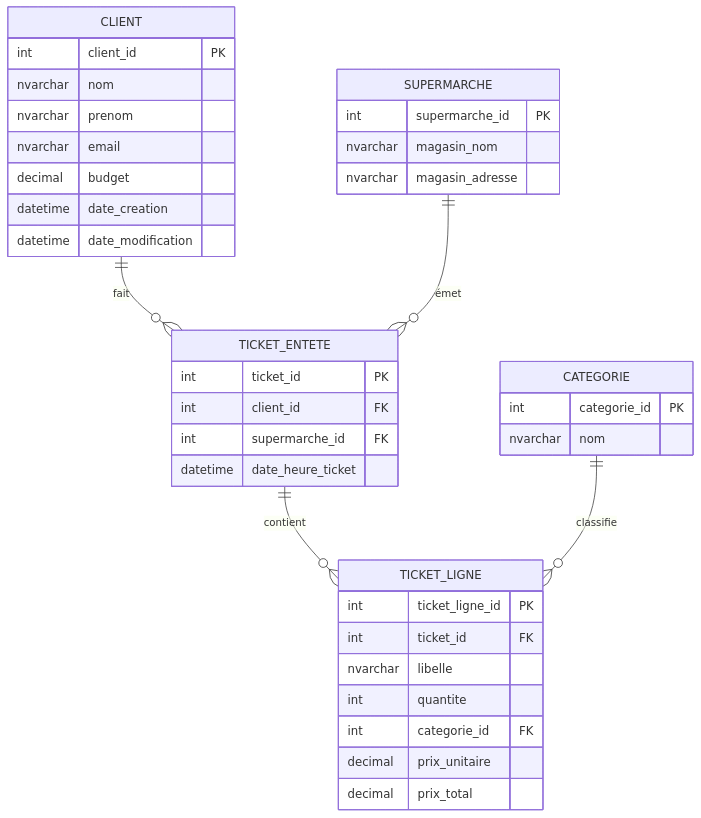
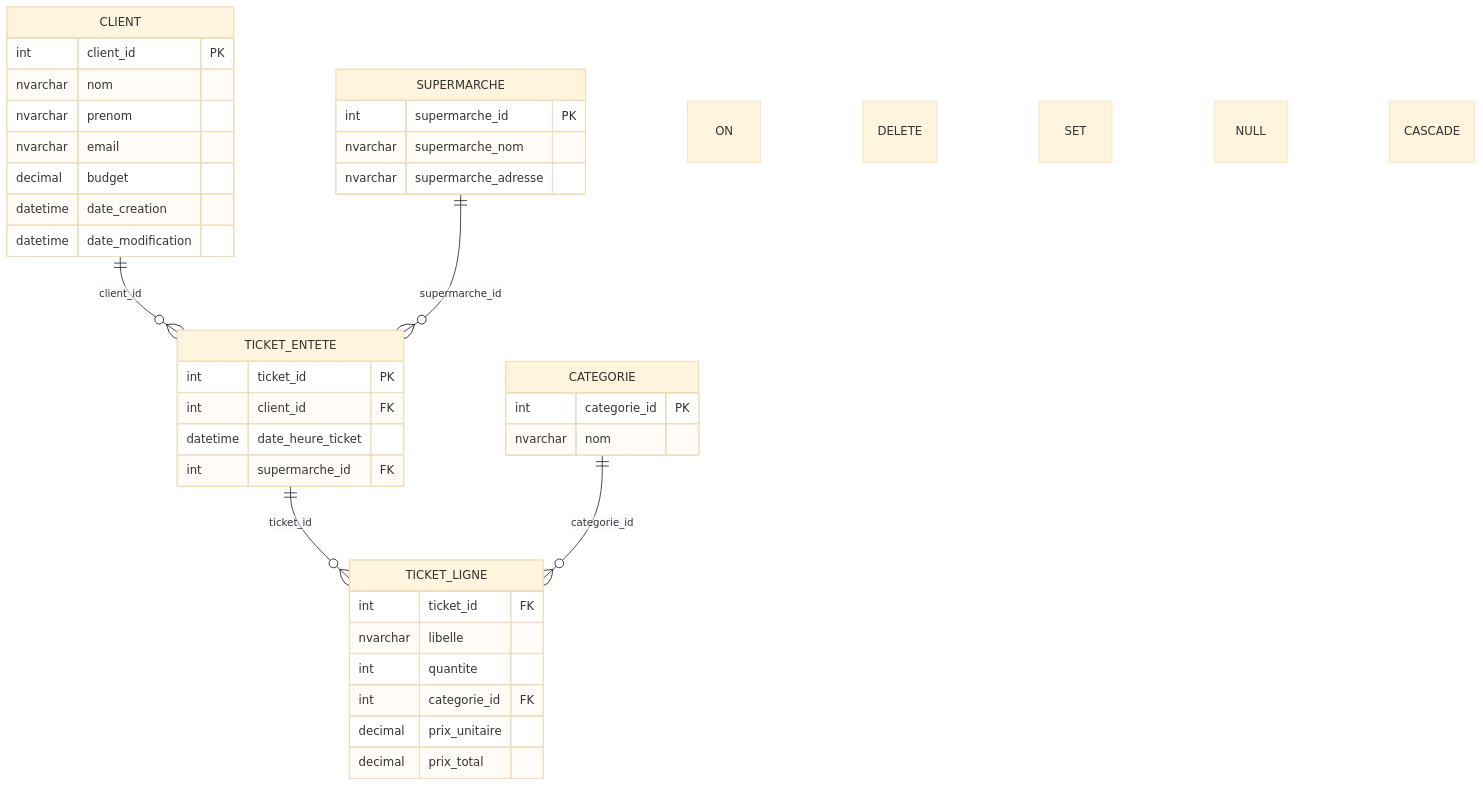
The diagram in mcd.md (Louis903995/Ingestion-Service), drawn with Mermaid before and after one commit.

Commit message:
modification mcd

````diff
--- a/mcd.md
+++ b/mcd.md
@@ -1,45 +1,47 @@
 ```mermaid
+%%{init: {"theme": "base"}}%%
 erDiagram
     CLIENT {
         int client_id PK
         nvarchar nom
         nvarchar prenom
         nvarchar email
         decimal budget
         datetime date_creation
         datetime date_modification
     }
 
     SUPERMARCHE {
         int supermarche_id PK
-        nvarchar magasin_nom
-        nvarchar magasin_adresse
+        nvarchar supermarche_nom
+        nvarchar supermarche_adresse
     }
 
     TICKET_ENTETE {
         int ticket_id PK
         int client_id FK
+        datetime date_heure_ticket
         int supermarche_id FK
-        datetime date_heure_ticket
     }
 
     CATEGORIE {
         int categorie_id PK
         nvarchar nom
     }
 
     TICKET_LIGNE {
-        int ticket_ligne_id PK
         int ticket_id FK
         nvarchar libelle
         int quantite
         int categorie_id FK
         decimal prix_unitaire
         decimal prix_total
     }
 
-    CLIENT ||--o{ TICKET_ENTETE : "fait"
-    SUPERMARCHE ||--o{ TICKET_ENTETE : "émet"
-    TICKET_ENTETE ||--o{ TICKET_LIGNE : "contient"
-    CATEGORIE ||--o{ TICKET_LIGNE : "classifie"
+    CLIENT ||--o{ TICKET_ENTETE : client_id ON DELETE SET NULL
+    SUPERMARCHE ||--o{ TICKET_ENTETE : supermarche_id
+    TICKET_ENTETE ||--o{ TICKET_LIGNE : ticket_id ON DELETE CASCADE
+    CATEGORIE ||--o{ TICKET_LIGNE : categorie_id
+
+
 ```
````
